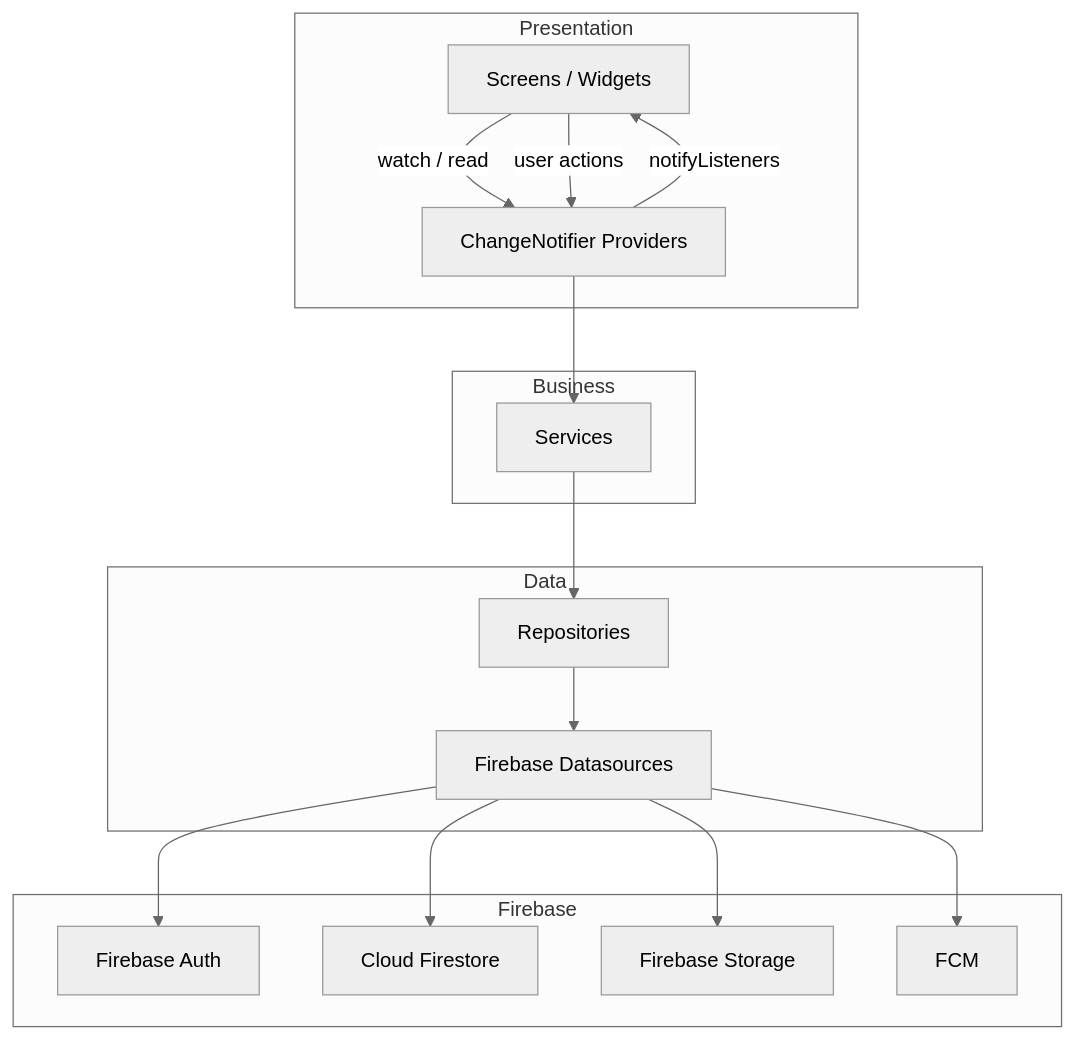
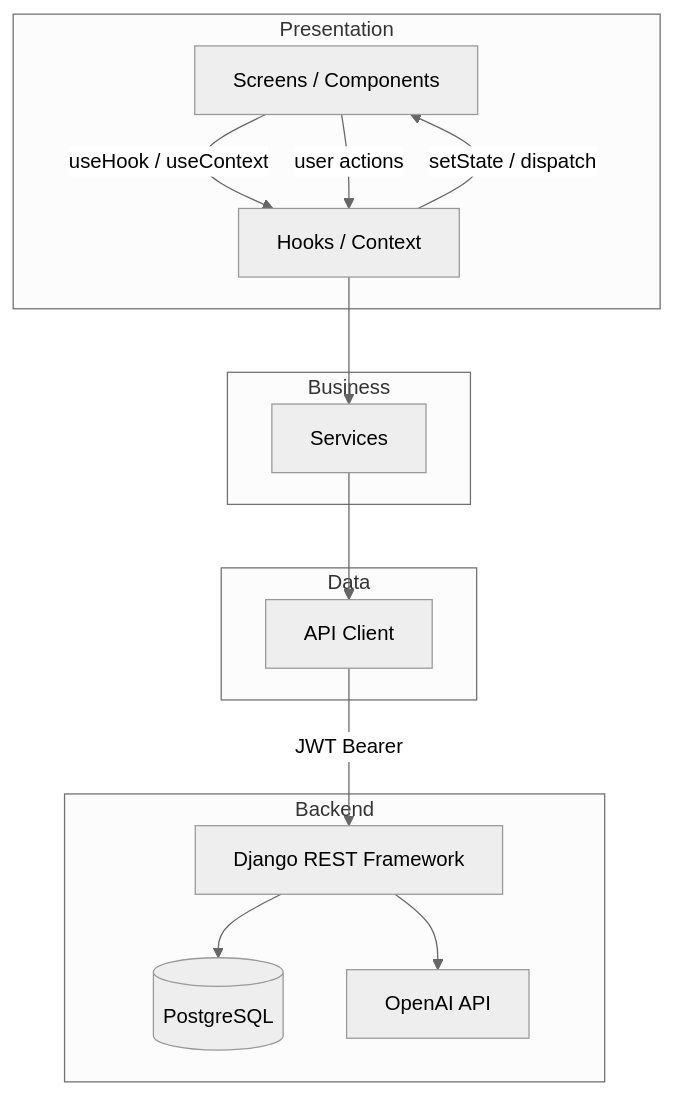
Before and after one commit to smrutisagarswain77/AscendFit: the first of 4 diagrams in docs/ARCHITECTURE.md, drawn with Mermaid (neutral theme). The commit also changed other lines of this file and 13 other files, not shown here.

````diff
--- a/docs/ARCHITECTURE.md
+++ b/docs/ARCHITECTURE.md
@@ -132,34 +131,30 @@
 ```mermaid
 graph TD
     subgraph Presentation
-        Screen[Screens / Widgets]
-        Provider[ChangeNotifier Providers]
+        Screen[Screens / Components]
+        Hook[Hooks / Context]
     end
 
     subgraph Business
         Service[Services]
     end
 
     subgraph Data
-        Repo[Repositories]
-        DS[Firebase Datasources]
+        API[API Client]
     end
 
-    subgraph Firebase
-        Auth[Firebase Auth]
-        FS[Cloud Firestore]
-        Storage[Firebase Storage]
-        FCM[FCM]
+    subgraph Backend
+        DRF[Django REST Framework]
+        PG[(PostgreSQL)]
+        OpenAI[OpenAI API]
     end
 
-    Screen -->|watch / read| Provider
-    Screen -->|user actions| Provider
-    Provider --> Service
-    Service --> Repo
-    Repo --> DS
-    DS --> Auth
-    DS --> FS
-    DS --> Storage
-    DS --> FCM
-    Provider -->|notifyListeners| Screen
+    Screen -->|useHook / useContext| Hook
+    Screen -->|user actions| Hook
+    Hook --> Service
+    Service --> API
+    API -->|JWT Bearer| DRF
+    DRF --> PG
+    DRF --> OpenAI
+    Hook -->|setState / dispatch| Screen
 ```
````
